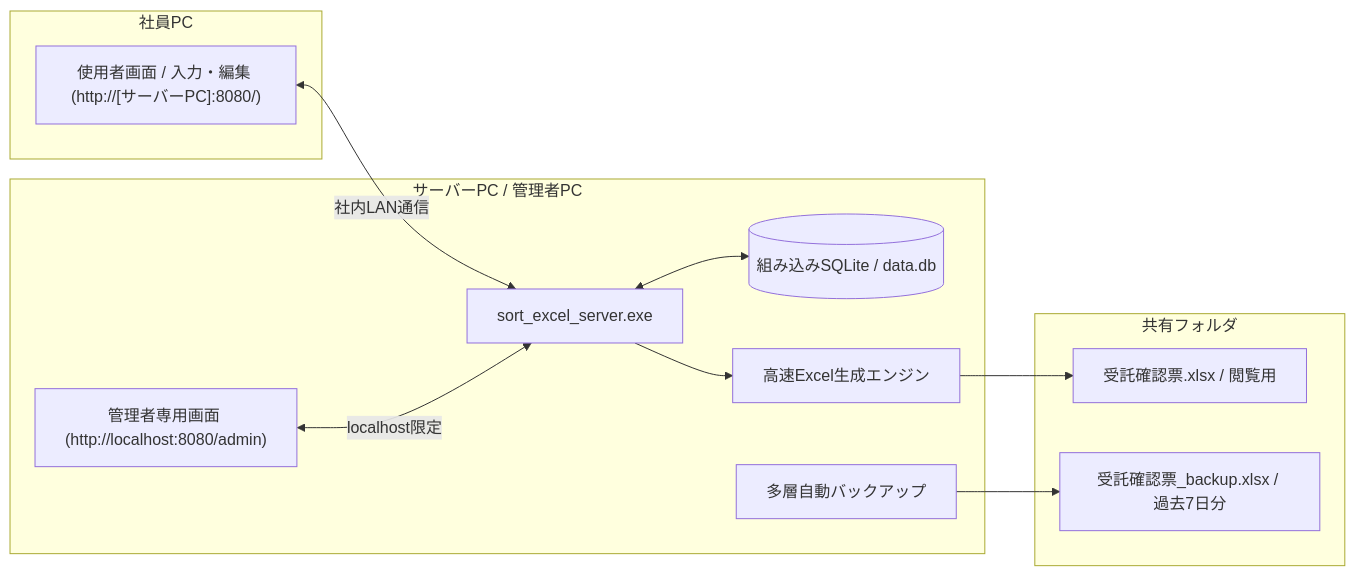
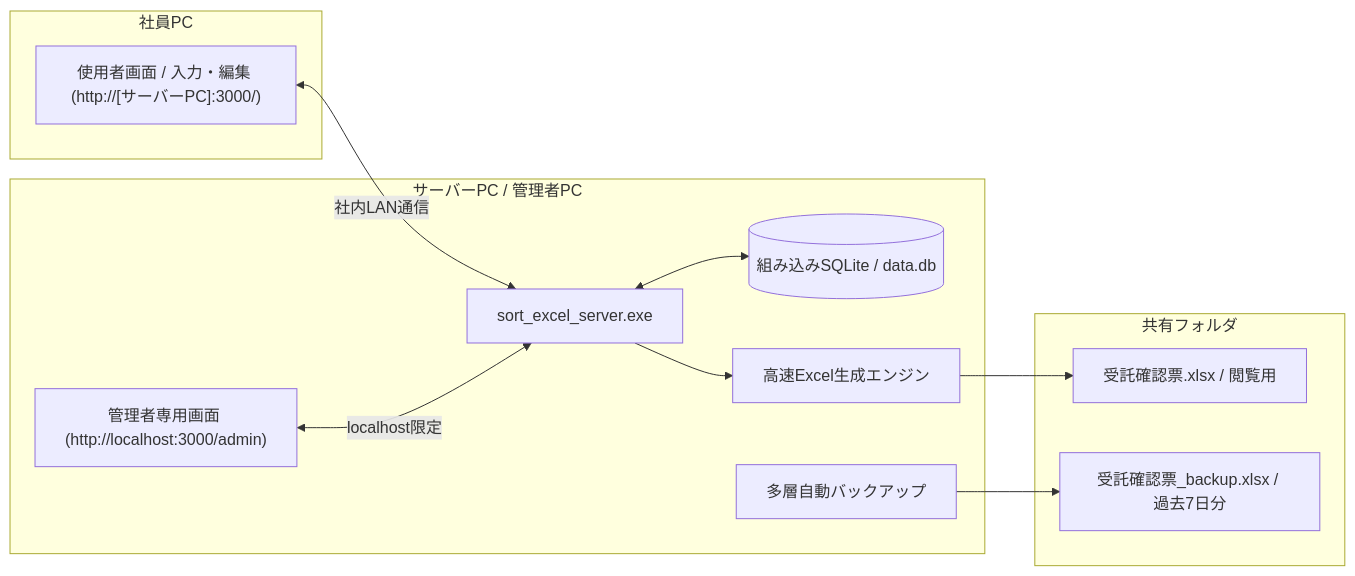
One commit to Altairu/sort_excel changed the diagram in README_SERVER.md. Above: the diagram before and after it, drawn with Mermaid. The commit also changed other lines of this file and 3 other files, not shown here.

````diff
--- a/README_SERVER.md
+++ b/README_SERVER.md
@@ -6,26 +6,26 @@
 ```mermaid
 flowchart LR
     subgraph 社員PC
-        UserBrowser["使用者画面 / 入力・編集 (http://[サーバーPC]:8080/)"]
+        UserBrowser["使用者画面 / 入力・編集 (http://[サーバーPC]:3000/)"]
     end
 
     subgraph サーバーPC / 管理者PC
-        AdminBrowser["管理者専用画面 (http://localhost:8080/admin)"]
+        AdminBrowser["管理者専用画面 (http://localhost:3000/admin)"]
         Exe[sort_excel_server.exe]
         DB[(組み込みSQLite / data.db)]
         Engine[高速Excel生成エンジン]
         Backup[多層自動バックアップ]
     end
 
     subgraph 共有フォルダ
         Latest[受託確認票.xlsx / 閲覧用]
         BackupFiles[受託確認票_backup.xlsx / 過去7日分]
     end
 
     UserBrowser <-->|社内LAN通信| Exe
     AdminBrowser <-->|localhost限定| Exe
     Exe <--> DB
     Exe --> Engine
     Engine --> Latest
     Backup --> BackupFiles
 ```
````
